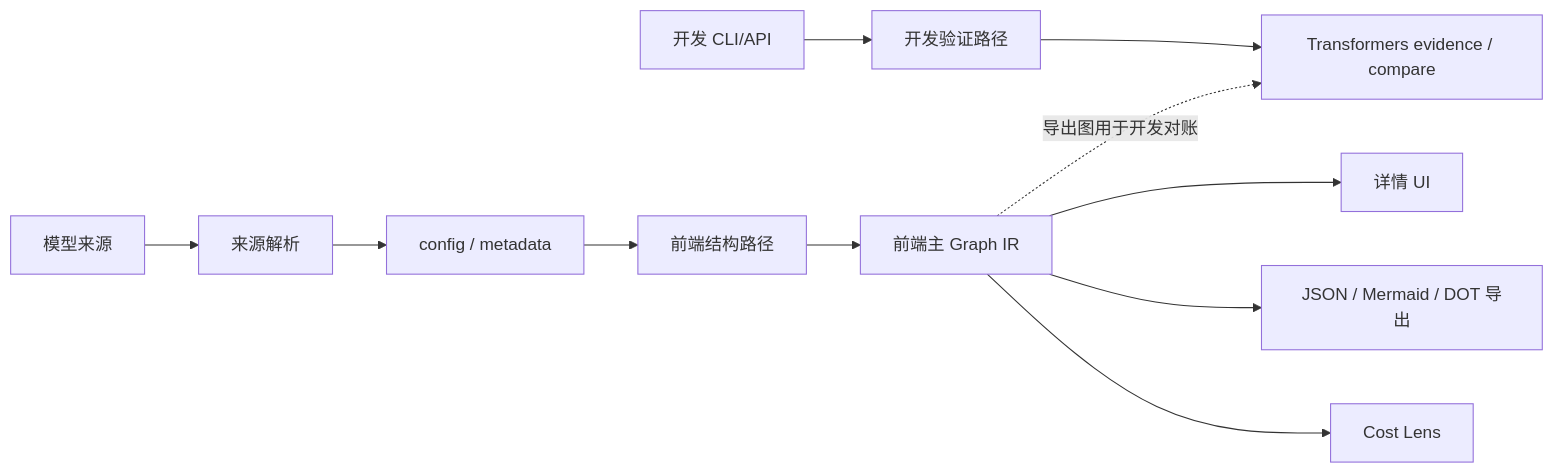
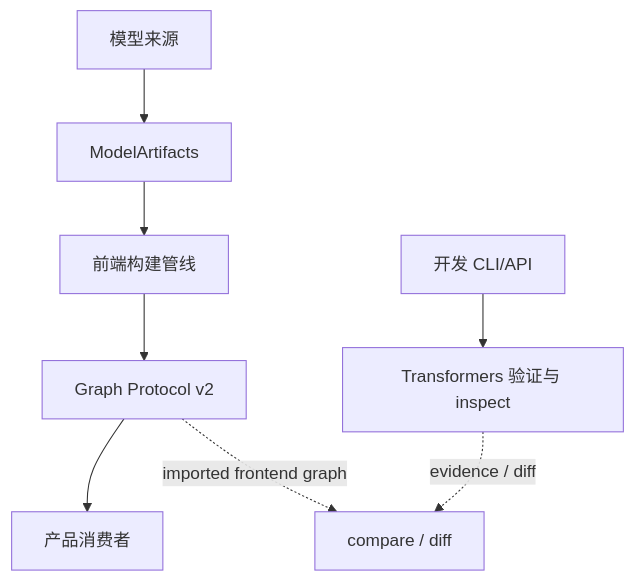
One commit to KinChow/model-structure-viewer changed the second of 5 diagrams in docs/architecture.md. Above: the diagram before and after it, drawn with Mermaid. The commit also changed other lines of this file and 7 other files, not shown here.

Commit message:
fix: clarify architecture boundaries and align graph edge protocol

````diff
--- a/docs/architecture.md
+++ b/docs/architecture.md
@@ -9,13 +43,10 @@
 ```mermaid
-flowchart LR
-  S[模型来源] --> R[来源解析]
-  R --> C[config / metadata]
-  C --> F[前端结构路径]
-  D[开发 CLI/API] --> B[开发验证路径]
-  F --> IR[前端主 Graph IR]
-  B --> O[Transformers evidence / compare]
-  IR -. 导出图用于开发对账 .-> O
-  IR --> V[详情 UI]
-  IR --> E[JSON / Mermaid / DOT 导出]
-  IR --> L[Cost Lens]
+flowchart TB
+  A[模型来源] --> B[ModelArtifacts]
+  B --> C[前端构建管线]
+  C --> D[Graph Protocol v2]
+  D --> E[产品消费者]
+  V[开发 CLI/API] --> W[Transformers 验证与 inspect]
+  D -. imported frontend graph .-> X[compare / diff]
+  W -. evidence / diff .-> X
 ```
````
